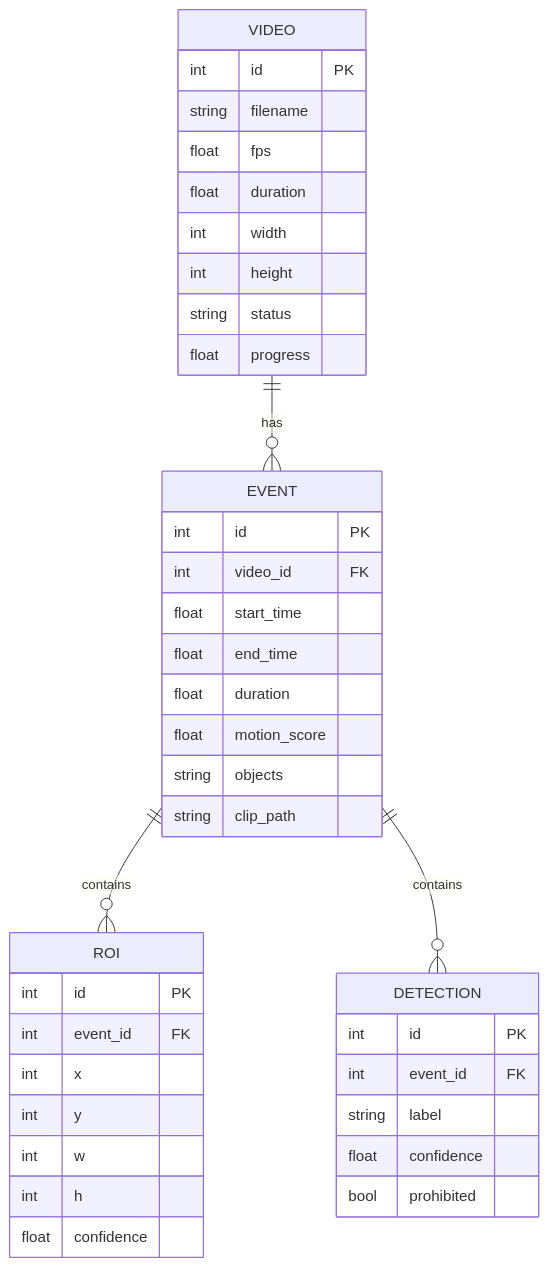
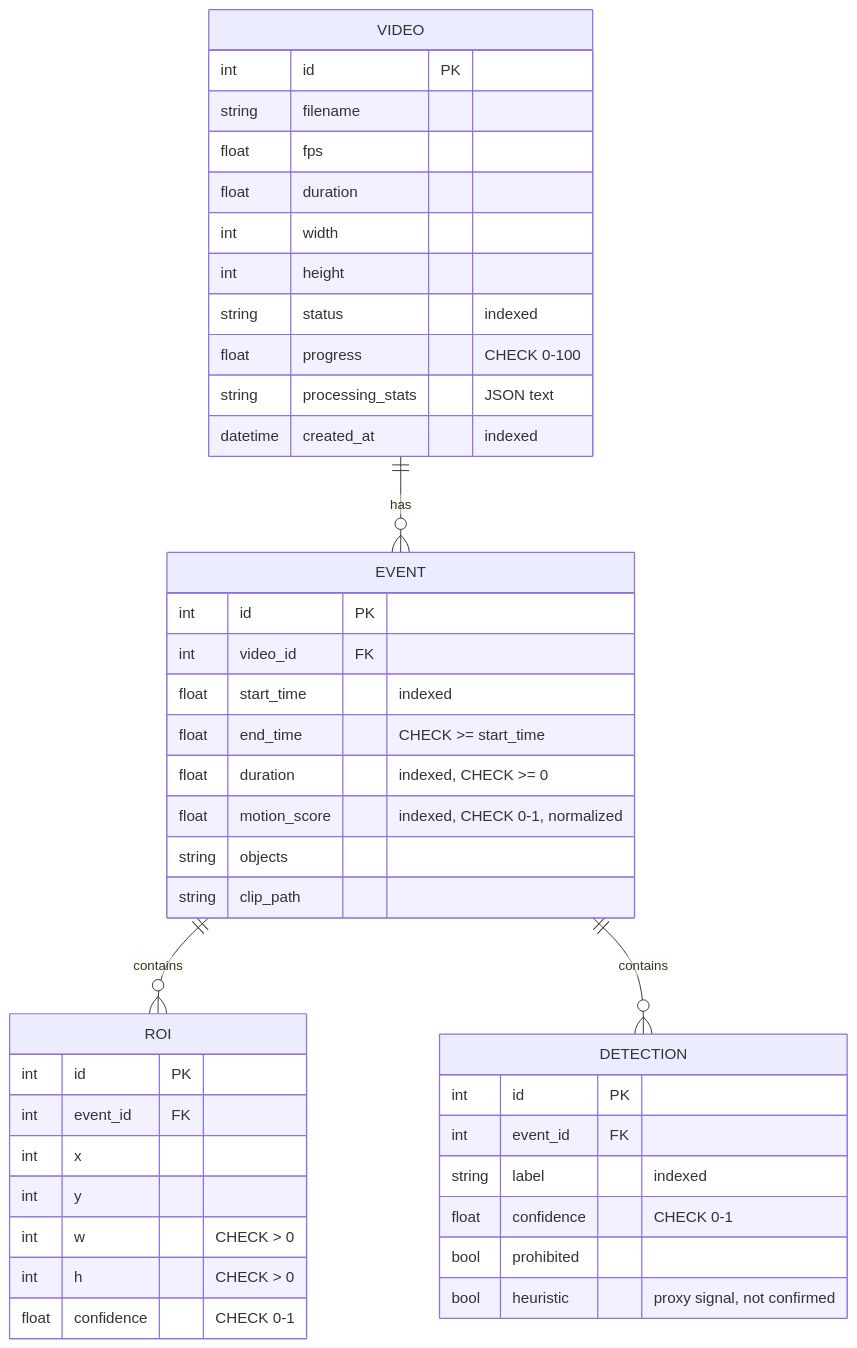
Before and after one commit to vihaanshah191/Offline-Video-Segmentation-and-ROI-Detection: the second of 2 diagrams in docs/ARCHITECTURE.md, drawn with Mermaid. The commit also changed other lines of this file and 15 other files, not shown here.

````diff
--- a/docs/ARCHITECTURE.md
+++ b/docs/ARCHITECTURE.md
@@ -71,43 +92,46 @@
 ```mermaid
 erDiagram
     VIDEO ||--o{ EVENT : has
     EVENT ||--o{ ROI : contains
     EVENT ||--o{ DETECTION : contains
 
     VIDEO {
       int id PK
       string filename
       float fps
       float duration
       int width
       int height
-      string status
-      float progress
+      string status "indexed"
+      float progress "CHECK 0-100"
+      string processing_stats "JSON text"
+      datetime created_at "indexed"
     }
     EVENT {
       int id PK
       int video_id FK
-      float start_time
-      float end_time
-      float duration
-      float motion_score
+      float start_time "indexed"
+      float end_time "CHECK >= start_time"
+      float duration "indexed, CHECK >= 0"
+      float motion_score "indexed, CHECK 0-1, normalized"
       string objects
       string clip_path
     }
     ROI {
       int id PK
       int event_id FK
       int x
       int y
-      int w
-      int h
-      float confidence
+      int w "CHECK > 0"
+      int h "CHECK > 0"
+      float confidence "CHECK 0-1"
     }
     DETECTION {
       int id PK
       int event_id FK
-      string label
-      float confidence
+      string label "indexed"
+      float confidence "CHECK 0-1"
       bool prohibited
+      bool heuristic "proxy signal, not confirmed"
     }
 ```
````
